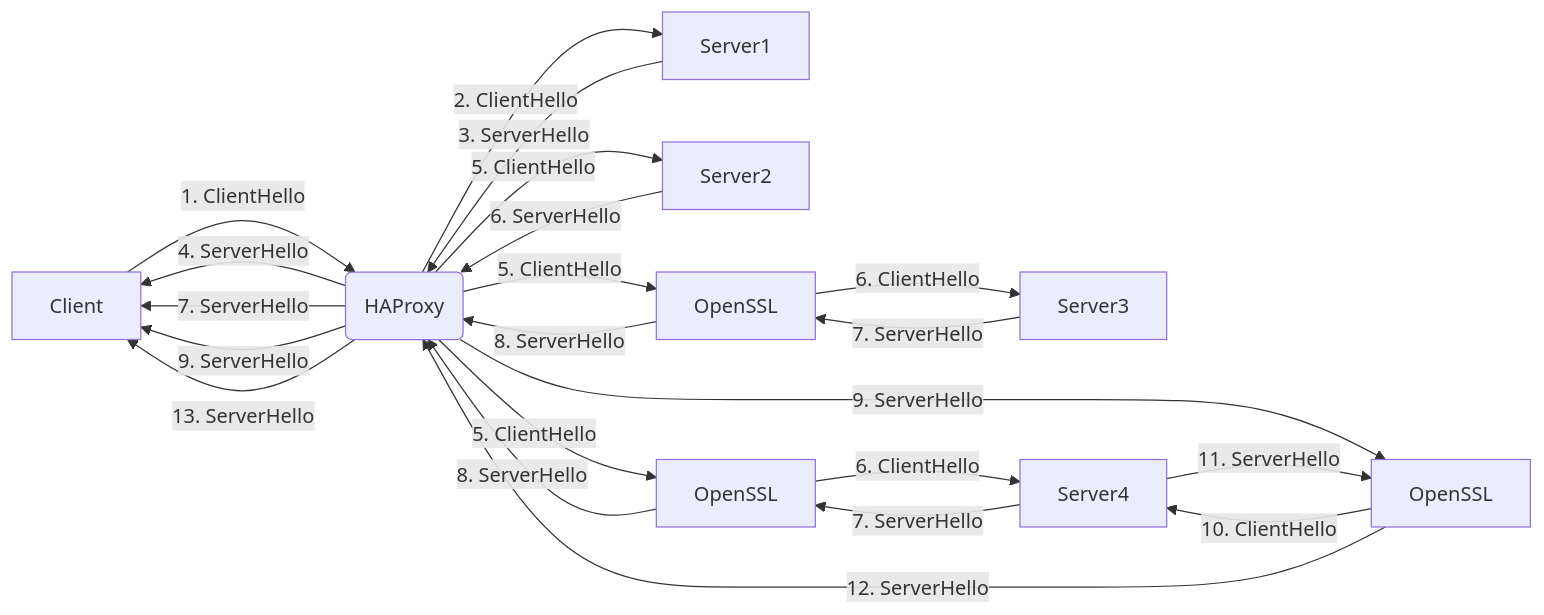
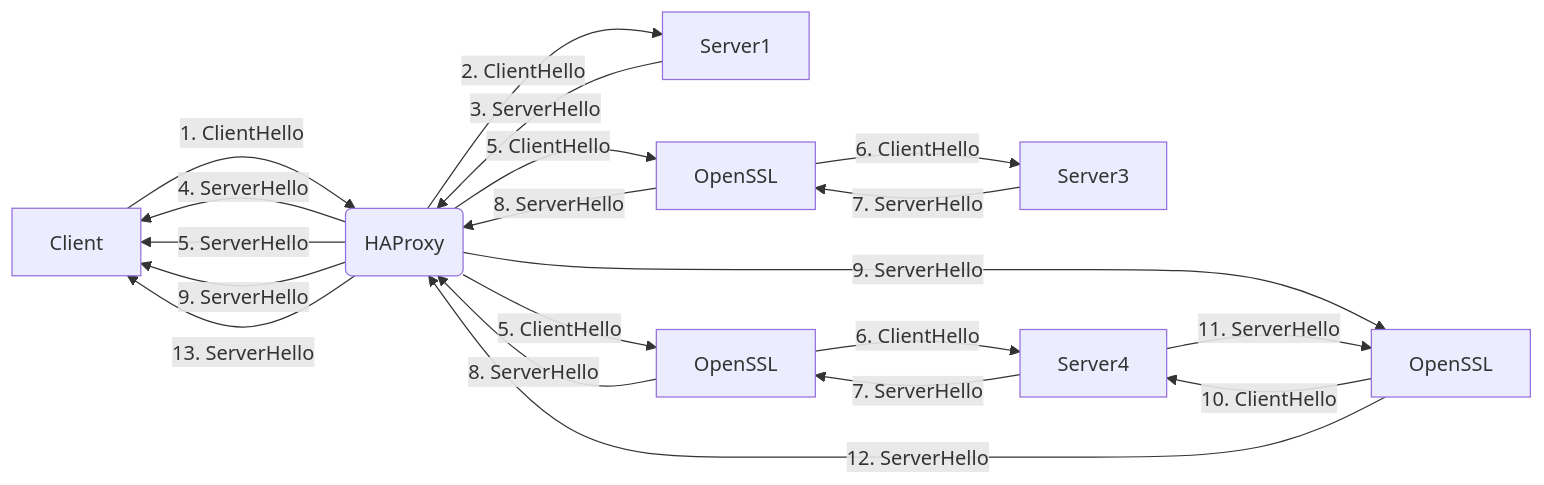
One commit to emmahone/haproxy-state-machine changed the second of 3 diagrams in README.md. Above: the diagram before and after it, drawn with Mermaid.

Commit message:
Update https flowchart passthrough to have single backend

````diff
--- a/README.md
+++ b/README.md
@@ -28,30 +28,28 @@
 ```mermaid
 graph LR
   A[Client] -->|1. ClientHello| B(HAProxy);
   B -->|2. ClientHello| C[Server1];
   C -->|3. ServerHello| B;
   B -->|4. ServerHello| A;
   
   %% Passthrough
-  B -->|5. ClientHello| D[Server2];
-  D -->|6. ServerHello| B;
-  B -->|7. ServerHello| A;
+  B -->|5. ServerHello| A;
   
   %% Edge
   B -->|5. ClientHello| E[OpenSSL];
   E -->|6. ClientHello| F[Server3];
   F -->|7. ServerHello| E;
   E -->|8. ServerHello| B;
   B -->|9. ServerHello| A;
   
   %% Re-encrypt
   B -->|5. ClientHello| G[OpenSSL];
   G -->|6. ClientHello| H[Server4];
   H -->|7. ServerHello| G;
   G -->|8. ServerHello| B;
   B -->|9. ServerHello| I[OpenSSL];
   I -->|10. ClientHello| H;
   H -->|11. ServerHello| I;
   I -->|12. ServerHello| B;
   B -->|13. ServerHello| A;
 ```
````
